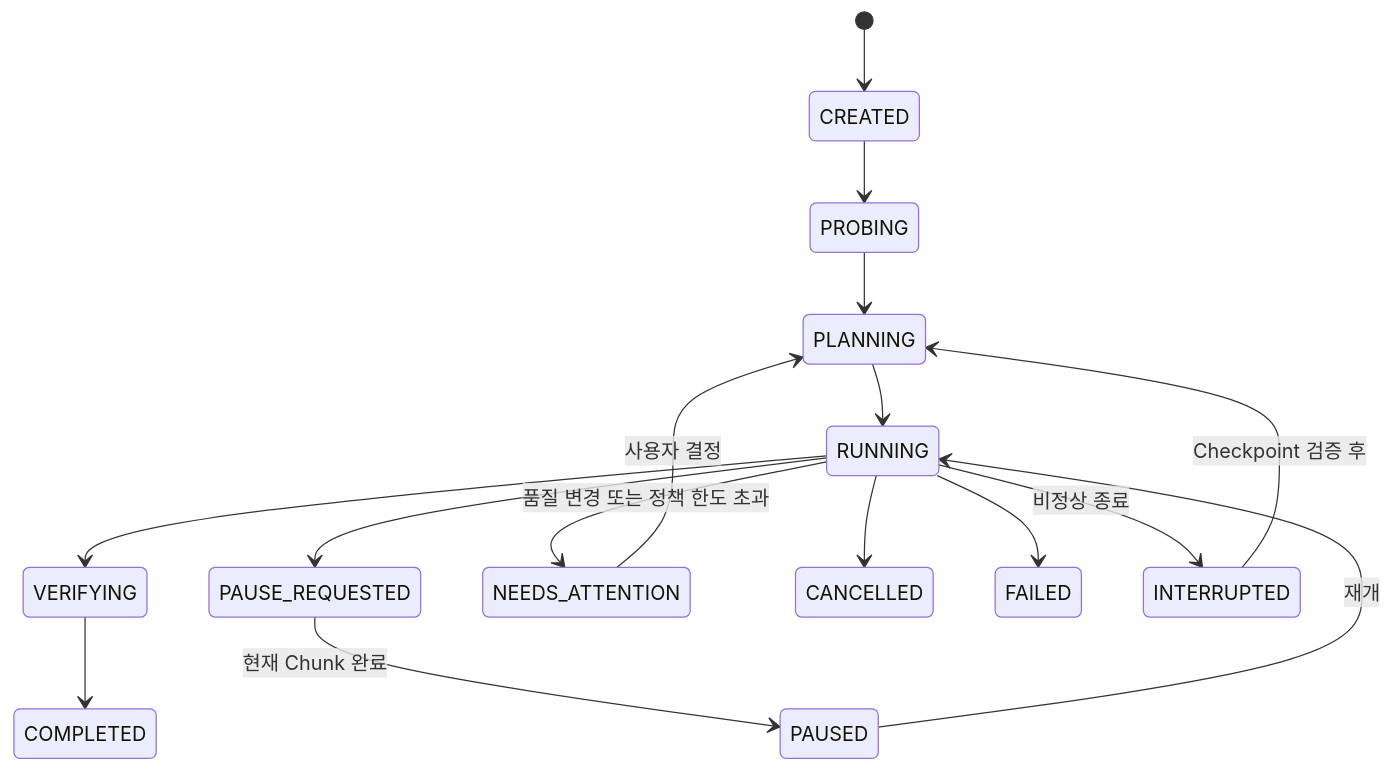
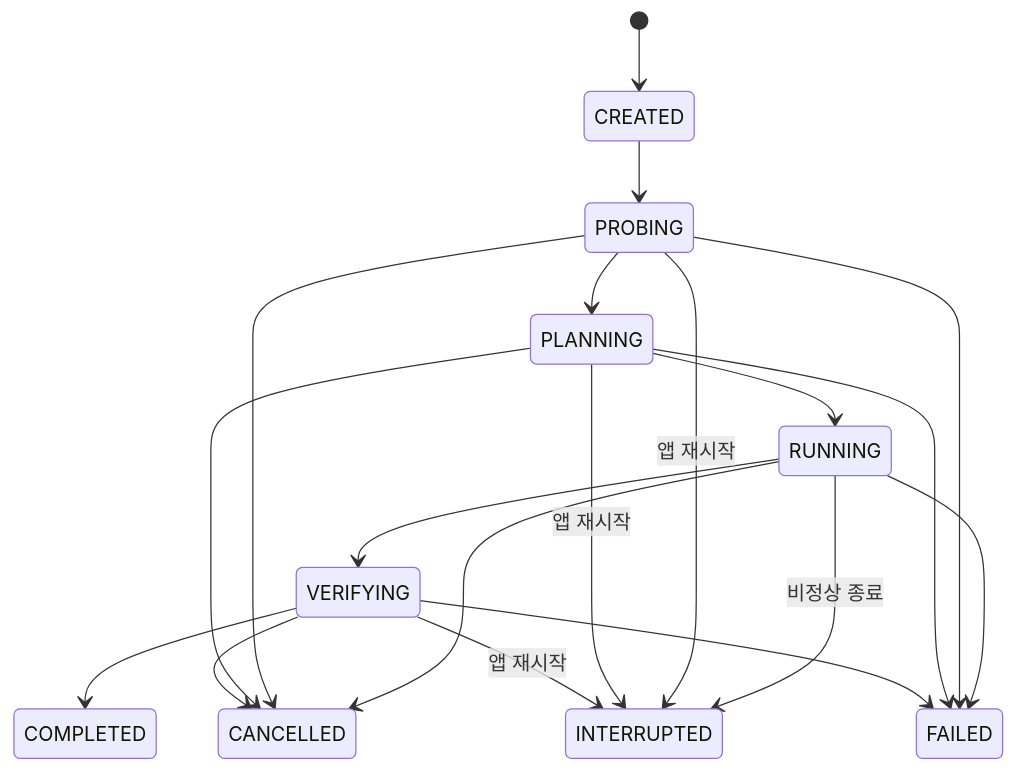
The seventh of 9 diagrams in ARCHITECTURE.md (zooslab/zoos-upscale), drawn with Mermaid before and after one commit. The commit also changed other lines of this file and 1 other file, not shown here.

````diff
--- a/ARCHITECTURE.md
+++ b/ARCHITECTURE.md
@@ -275,21 +310,22 @@
 ```mermaid
 stateDiagram-v2
     [*] --> CREATED
     CREATED --> PROBING
     PROBING --> PLANNING
     PLANNING --> RUNNING
     RUNNING --> VERIFYING
     VERIFYING --> COMPLETED
 
-    RUNNING --> PAUSE_REQUESTED
-    PAUSE_REQUESTED --> PAUSED: 현재 Chunk 완료
-    PAUSED --> RUNNING: 재개
-
-    RUNNING --> NEEDS_ATTENTION: 품질 변경 또는 정책 한도 초과
-    NEEDS_ATTENTION --> PLANNING: 사용자 결정
-
     RUNNING --> CANCELLED
+    PROBING --> CANCELLED
+    PLANNING --> CANCELLED
+    VERIFYING --> CANCELLED
     RUNNING --> FAILED
     RUNNING --> INTERRUPTED: 비정상 종료
-    INTERRUPTED --> PLANNING: Checkpoint 검증 후
+    PROBING --> INTERRUPTED: 앱 재시작
+    PLANNING --> INTERRUPTED: 앱 재시작
+    VERIFYING --> INTERRUPTED: 앱 재시작
+    PROBING --> FAILED
+    PLANNING --> FAILED
+    VERIFYING --> FAILED
 ```
````
